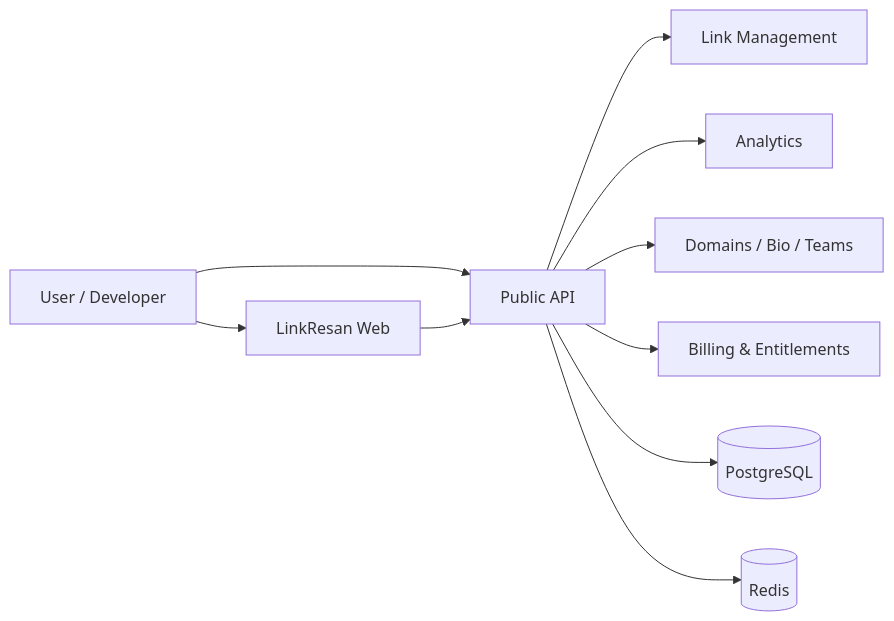
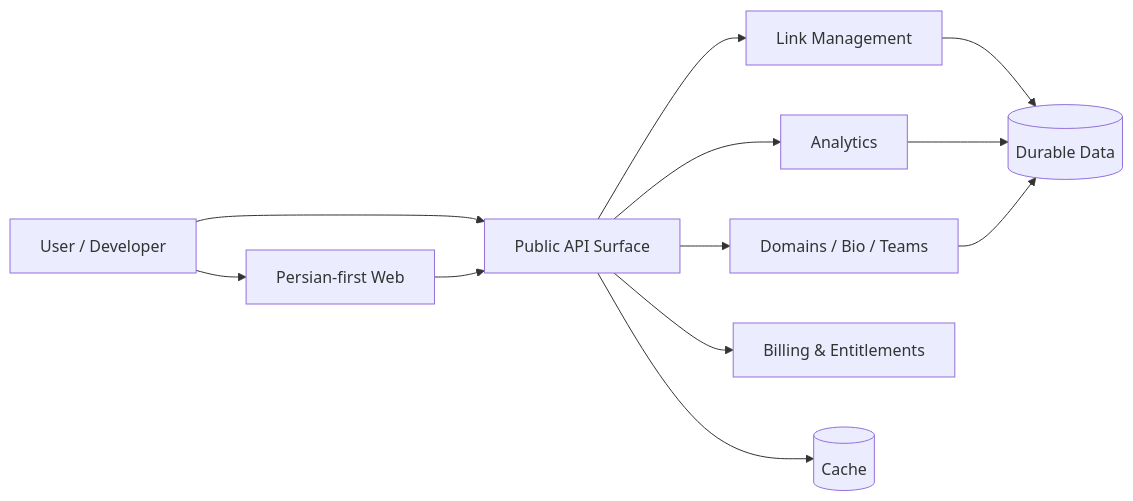
Before and after one commit to AmirMotefaker/linkresan: the diagram in README.md, drawn with Mermaid. The commit also changed other lines of this file, not shown here.

Commit message:
docs(public): publish canonical brand README

````diff
--- a/README.md
+++ b/README.md
@@ -68,12 +100,14 @@
 ```mermaid
 flowchart LR
-    U[User / Developer] --> W[LinkResan Web]
-    U --> API[Public API]
+    U[User / Developer] --> W[Persian-first Web]
+    U --> API[Public API Surface]
     W --> API
     API --> L[Link Management]
     API --> A[Analytics]
-    API --> D[Domains / Bio / Teams]
+    API --> P[Domains / Bio / Teams]
     API --> B[Billing & Entitlements]
-    API --> DB[(PostgreSQL)]
-    API --> C[(Redis)]
+    L --> D[(Durable Data)]
+    A --> D
+    P --> D
+    API --> C[(Cache)]
 ```
````
